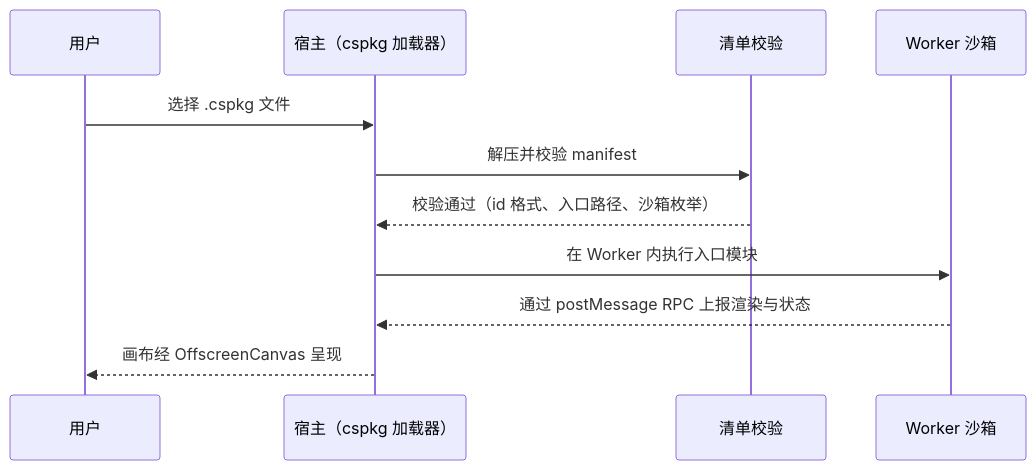
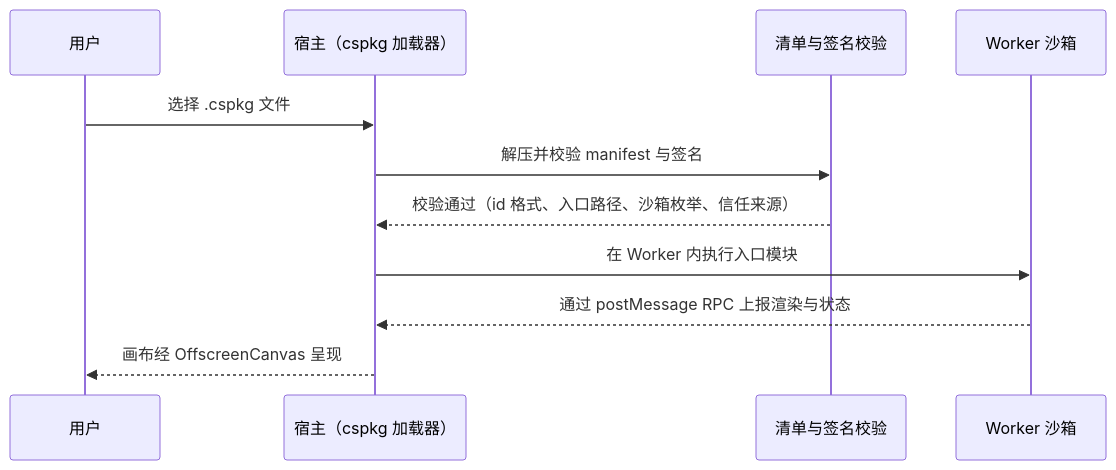
Before and after one commit to SnowLeopard-io/ErgalicsStudio: the third of 4 diagrams in docs/technical/03-插件系统.md, drawn with Mermaid. The commit also changed other lines of this file and 46 other files, not shown here.

````diff
--- a/docs/technical/03-插件系统.md
+++ b/docs/technical/03-插件系统.md
@@ -156,13 +168,13 @@
 ```mermaid
 sequenceDiagram
     participant U as 用户
     participant H as 宿主（cspkg 加载器）
-    participant V as 清单校验
+    participant V as 清单与签名校验
     participant W as Worker 沙箱
     U->>H: 选择 .cspkg 文件
-    H->>V: 解压并校验 manifest
-    V-->>H: 校验通过（id 格式、入口路径、沙箱枚举）
+    H->>V: 解压并校验 manifest 与签名
+    V-->>H: 校验通过（id 格式、入口路径、沙箱枚举、信任来源）
     H->>W: 在 Worker 内执行入口模块
     W-->>H: 通过 postMessage RPC 上报渲染与状态
     H-->>U: 画布经 OffscreenCanvas 呈现
 ```
````
